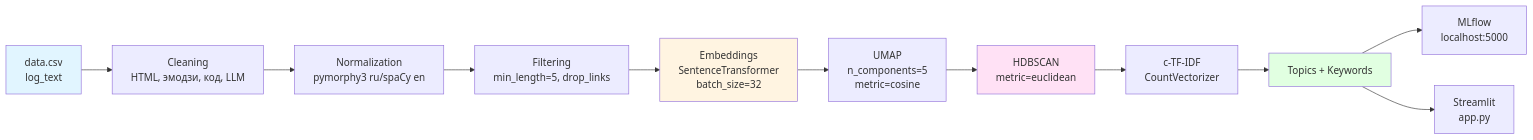
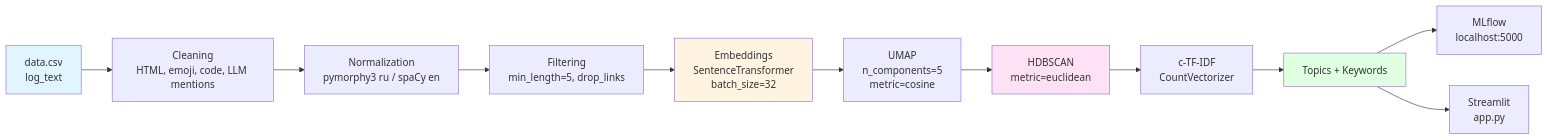
The diagram in AutoTopic/README.md (neuraCollab/ml-portfolio), drawn with Mermaid before and after one commit. The commit also changed other lines of this file and 94 other files, not shown here.

````diff
--- a/AutoTopic/README.md
+++ b/AutoTopic/README.md
@@ -232,18 +226,18 @@
 ```mermaid
 graph LR
-    A[data.csv<br/>log_text] --> B[Cleaning<br/>HTML, эмодзи, код, LLM]
-    B --> C[Normalization<br/>pymorphy3 ru/spaCy en]
+    A[data.csv<br/>log_text] --> B[Cleaning<br/>HTML, emoji, code, LLM mentions]
+    B --> C[Normalization<br/>pymorphy3 ru / spaCy en]
     C --> D[Filtering<br/>min_length=5, drop_links]
     D --> E[Embeddings<br/>SentenceTransformer<br/>batch_size=32]
     E --> F[UMAP<br/>n_components=5<br/>metric=cosine]
     F --> G[HDBSCAN<br/>metric=euclidean]
     G --> H[c-TF-IDF<br/>CountVectorizer]
     H --> I[Topics + Keywords]
     I --> J[MLflow<br/>localhost:5000]
     I --> K[Streamlit<br/>app.py]
-    
+
     style A fill:#e1f5ff
     style E fill:#fff4e1
     style G fill:#ffe1f5
     style I fill:#e1ffe1
 ```
````
